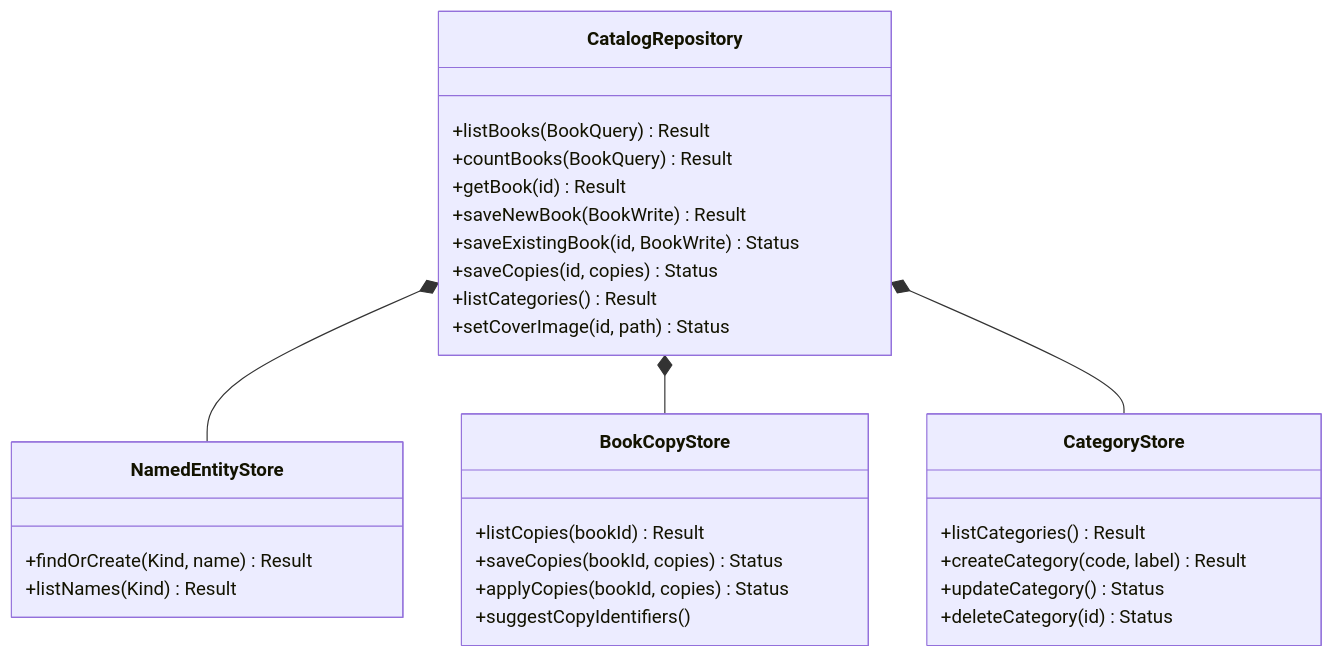
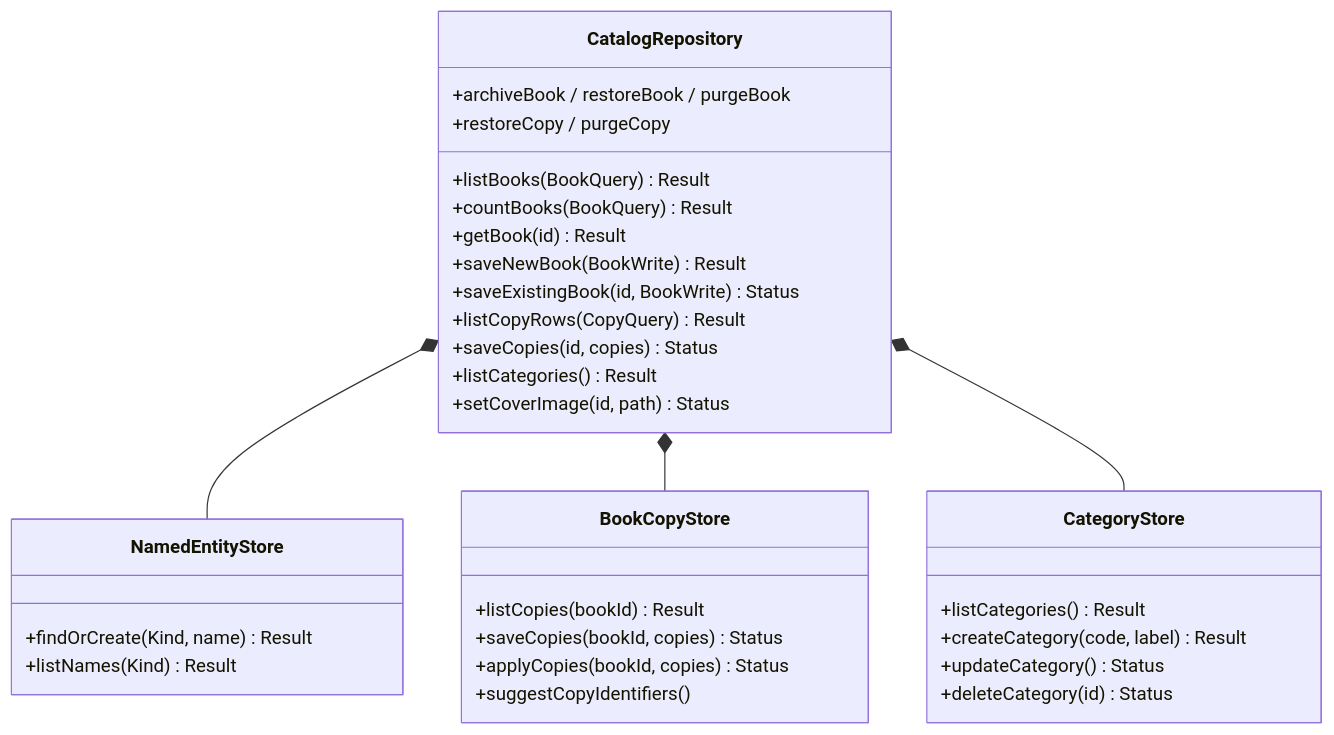
Before and after one commit to medaminben/VLMS: diagram 12 of 27 in docs/architecture/beta-uml.md, drawn with Mermaid. The commit also changed other lines of this file, not shown here.

Commit message:
Refresh the Beta UML for the library split and schema 7.

````diff
--- a/docs/architecture/beta-uml.md
+++ b/docs/architecture/beta-uml.md
@@ -344,33 +401,36 @@
 ```mermaid
 classDiagram
     direction TB
     class CatalogRepository {
         +listBooks(BookQuery) Result
         +countBooks(BookQuery) Result
         +getBook(id) Result
         +saveNewBook(BookWrite) Result
         +saveExistingBook(id, BookWrite) Status
+        +archiveBook / restoreBook / purgeBook
+        +listCopyRows(CopyQuery) Result
+        +restoreCopy / purgeCopy
         +saveCopies(id, copies) Status
         +listCategories() Result
         +setCoverImage(id, path) Status
     }
     class NamedEntityStore {
         +findOrCreate(Kind, name) Result
         +listNames(Kind) Result
     }
     class BookCopyStore {
         +listCopies(bookId) Result
         +saveCopies(bookId, copies) Status
         +applyCopies(bookId, copies) Status
         +suggestCopyIdentifiers()
     }
     class CategoryStore {
         +listCategories() Result
         +createCategory(code, label) Result
         +updateCategory() Status
         +deleteCategory(id) Status
     }
     CatalogRepository *-- NamedEntityStore
     CatalogRepository *-- BookCopyStore
     CatalogRepository *-- CategoryStore
 ```
````
